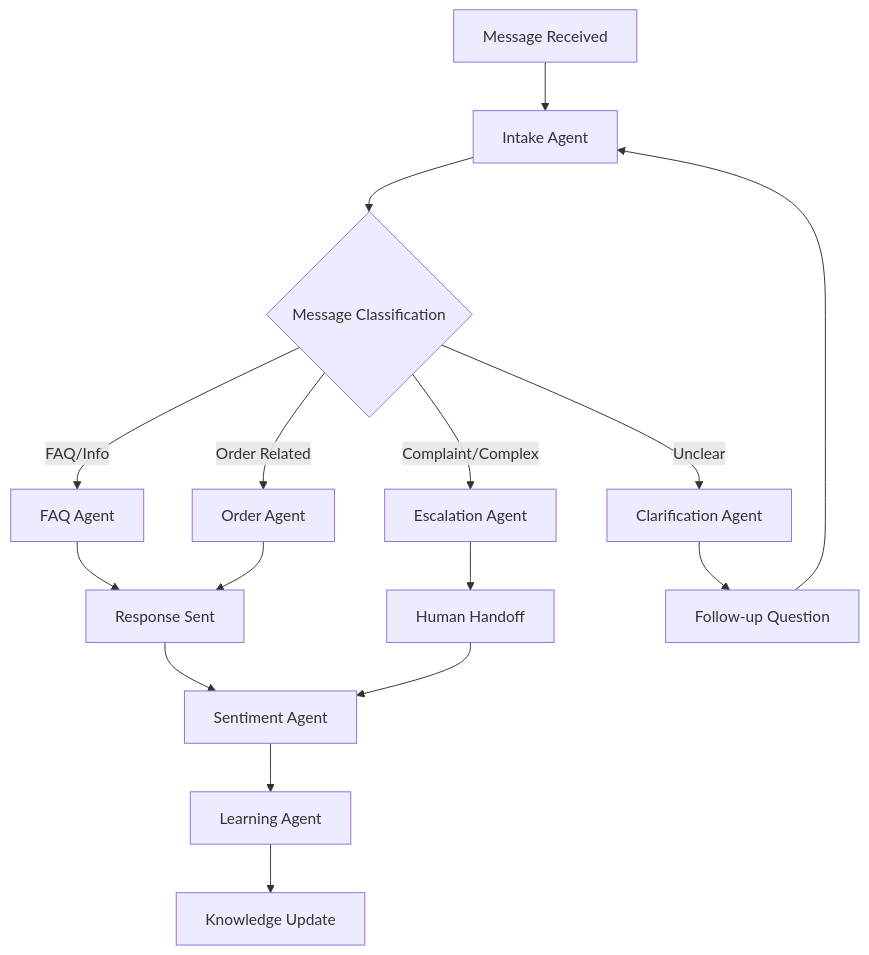
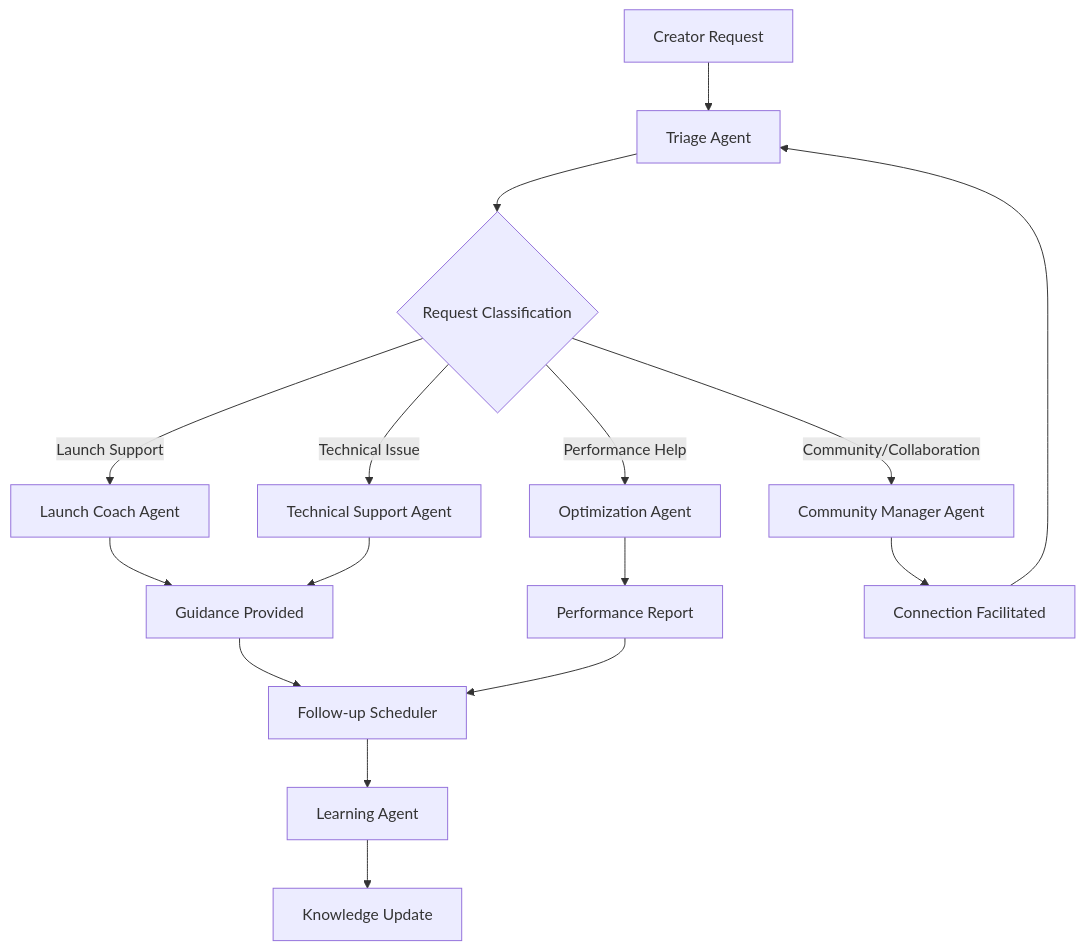
One commit to felipeldfonseca/depa changed the diagram in docs/DEPT_CX_SPEC.md. Above: the diagram before and after it, drawn with Mermaid. The commit also changed other lines of this file and 25 other files, not shown here.

````diff
--- a/docs/DEPT_CX_SPEC.md
+++ b/docs/DEPT_CX_SPEC.md
@@ -36,21 +36,21 @@
 ```mermaid
 graph TD
-    A[Message Received] --> B[Intake Agent]
-    B --> C{Message Classification}
-    C -->|FAQ/Info| D[FAQ Agent]
-    C -->|Order Related| E[Order Agent]
-    C -->|Complaint/Complex| F[Escalation Agent]
-    C -->|Unclear| G[Clarification Agent]
+    A[Creator Request] --> B[Triage Agent]
+    B --> C{Request Classification}
+    C -->|Launch Support| D[Launch Coach Agent]
+    C -->|Technical Issue| E[Technical Support Agent]
+    C -->|Performance Help| F[Optimization Agent]
+    C -->|Community/Collaboration| G[Community Manager Agent]
     
-    D --> H[Response Sent]
+    D --> H[Guidance Provided]
     E --> H
-    F --> I[Human Handoff]
-    G --> J[Follow-up Question]
+    F --> I[Performance Report]
+    G --> J[Connection Facilitated]
     
-    H --> K[Sentiment Agent]
+    H --> K[Follow-up Scheduler]
     I --> K
     J --> B
     
     K --> L[Learning Agent]
     L --> M[Knowledge Update]
 ```
````
